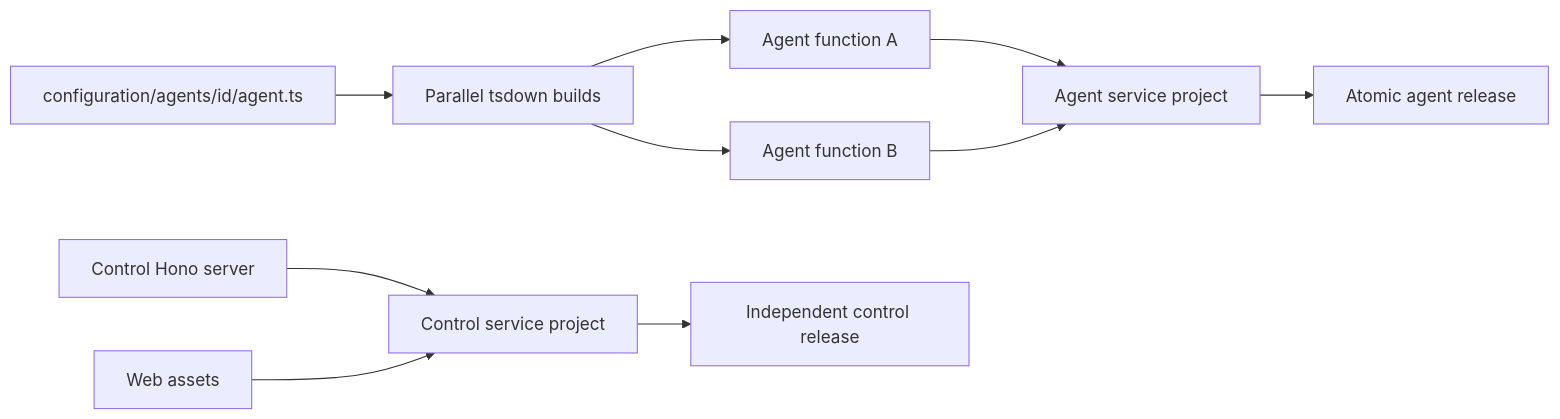
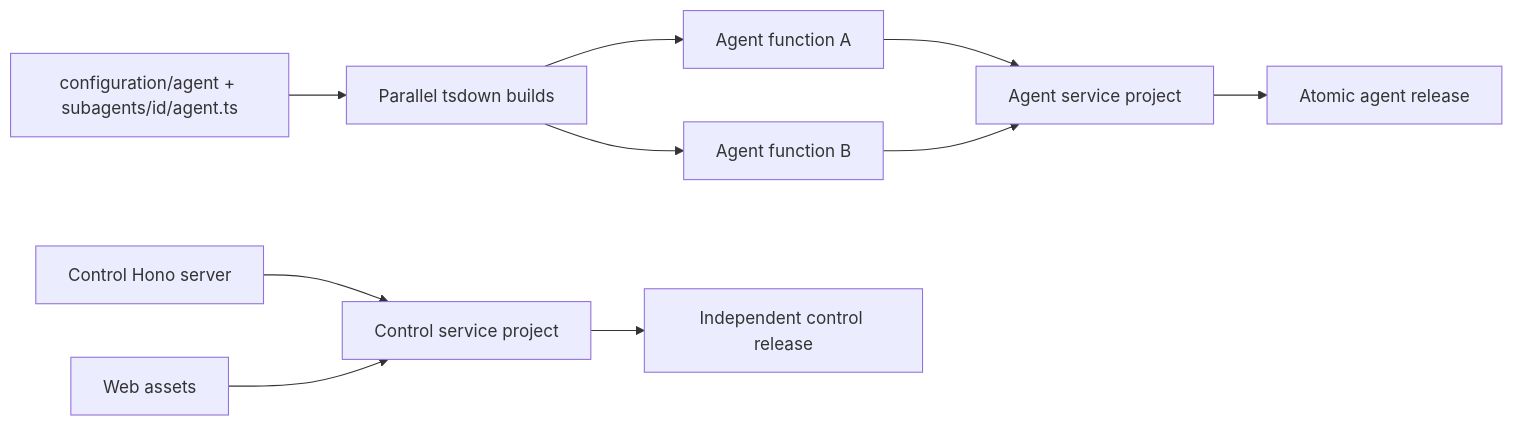
One commit to trytilde/dispatch changed the diagram in docs/adrs/0008-split-control-and-agent-service-artifacts.md. Above: the diagram before and after it, drawn with Mermaid. The commit also changed other lines of this file and 138 other files, not shown here.

````diff
--- a/docs/adrs/0008-split-control-and-agent-service-artifacts.md
+++ b/docs/adrs/0008-split-control-and-agent-service-artifacts.md
@@ -32,12 +32,12 @@
 ```mermaid
 flowchart LR
-  C["configuration/agents/id/agent.ts"] --> B["Parallel tsdown builds"]
+  C["configuration/agent + subagents/id/agent.ts"] --> B["Parallel tsdown builds"]
   B --> A1["Agent function A"]
   B --> A2["Agent function B"]
   A1 --> AP["Agent service project"]
   A2 --> AP
   S["Control Hono server"] --> CP["Control service project"]
   W["Web assets"] --> CP
   AP --> D["Atomic agent release"]
   CP --> E["Independent control release"]
 ```
````
